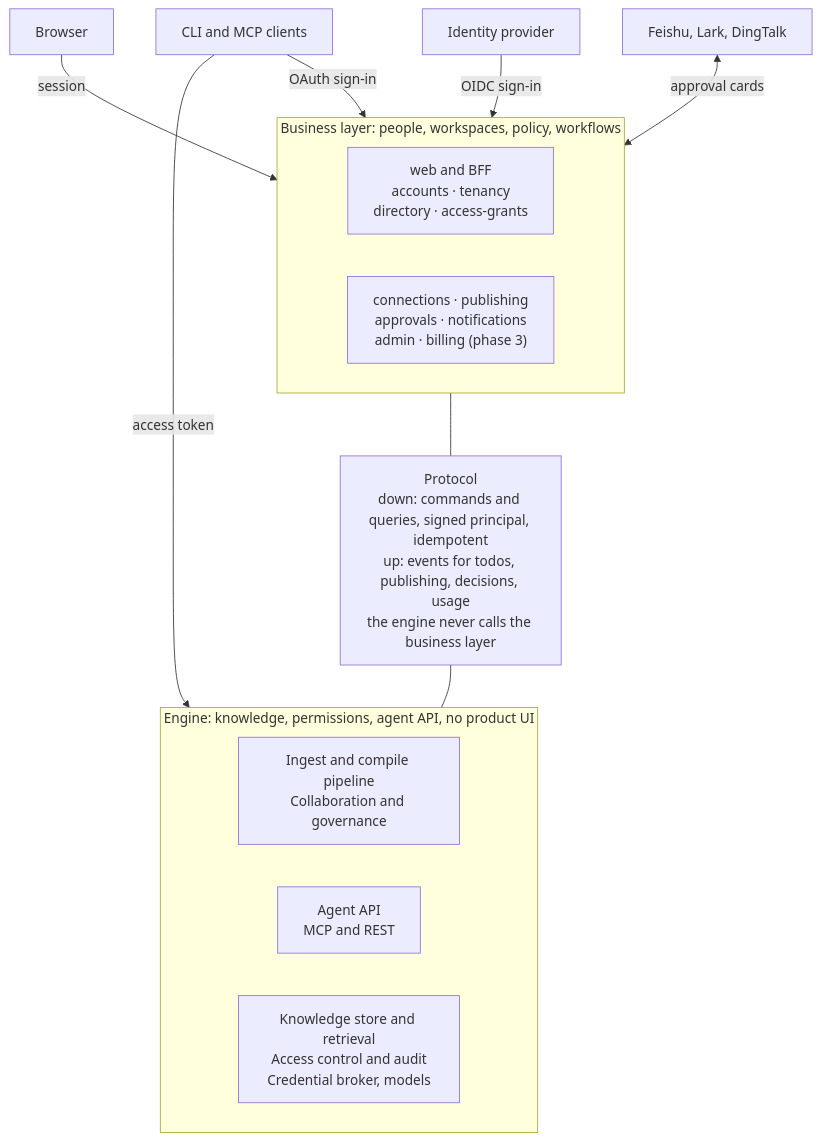
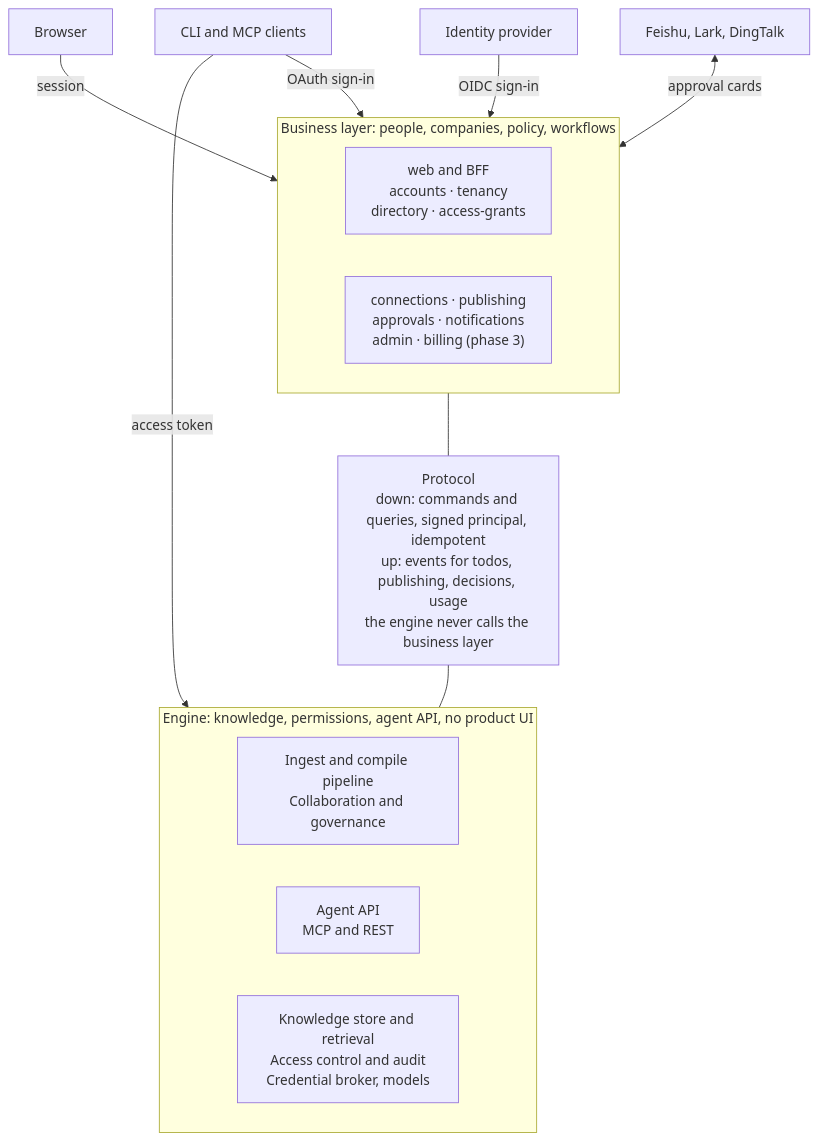
One commit to AngelMsger/Inspiration changed the second of 2 diagrams in docs/design/business-layer.md. Above: the diagram before and after it, drawn with Mermaid. The commit also changed other lines of this file and 11 other files, not shown here.

````diff
--- a/docs/design/business-layer.md
+++ b/docs/design/business-layer.md
@@ -260,25 +260,25 @@
 ```mermaid
 flowchart TB
   browser[Browser]
   idp[Identity provider]
   agents[CLI and MCP clients]
   im["Feishu, Lark, DingTalk"]
-  subgraph business["Business layer: people, workspaces, policy, workflows"]
+  subgraph business["Business layer: people, companies, policy, workflows"]
     direction LR
     identity["web and BFF<br/>accounts · tenancy<br/>directory · access-grants"]
     workflow["connections · publishing<br/>approvals · notifications<br/>admin · billing (phase 3)"]
   end
   protocol["Protocol<br/>down: commands and queries, signed principal, idempotent<br/>up: events for todos, publishing, decisions, usage<br/>the engine never calls the business layer"]
   subgraph engine["Engine: knowledge, permissions, agent API, no product UI"]
     direction LR
     pipeline["Ingest and compile pipeline<br/>Collaboration and governance"]
     agentapi["Agent API<br/>MCP and REST"]
     platform["Knowledge store and retrieval<br/>Access control and audit<br/>Credential broker, models"]
   end
   browser -- session --> identity
   idp -- OIDC sign-in --> identity
   agents -- OAuth sign-in --> identity
   im <-- approval cards --> workflow
   business --- protocol --- engine
   agents -- access token --> agentapi
 ```
````
